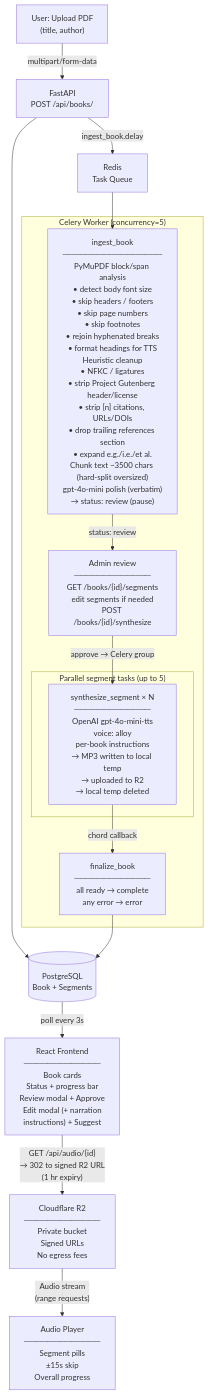
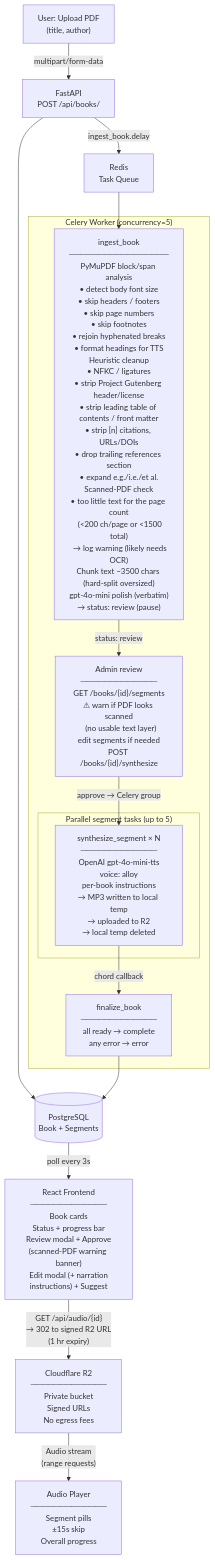
Before and after one commit to antispiraldev/AudioBookLib: the diagram in PIPELINE.md, drawn with Mermaid. The commit also changed other lines of this file, not shown here.

Commit message:
docs: document scanned-PDF detection and front-matter stripping in pipeline

````diff
--- a/PIPELINE.md
+++ b/PIPELINE.md
@@ -3,36 +3,36 @@
 ```mermaid
 flowchart TD
     Upload["User: Upload PDF\n(title, author)"]
     API["FastAPI\nPOST /api/books/"]
     DB[("PostgreSQL\nBook + Segments")]
     Queue["Redis\nTask Queue"]
 
     Upload -->|multipart/form-data| API
     API --> DB
     API -->|ingest_book.delay| Queue
 
     Queue --> Ingest
 
     subgraph Worker ["Celery Worker (concurrency=5)"]
-        Ingest["ingest_book\n─────────────────\nPyMuPDF block/span analysis\n• detect body font size\n• skip headers / footers\n• skip page numbers\n• skip footnotes\n• rejoin hyphenated breaks\n• format headings for TTS\nHeuristic cleanup\n• NFKC / ligatures\n• strip Project Gutenberg header/license\n• strip [n] citations, URLs/DOIs\n• drop trailing references section\n• expand e.g./i.e./et al.\nChunk text ~3500 chars (hard-split oversized)\ngpt-4o-mini polish (verbatim)\n→ status: review (pause)"]
+        Ingest["ingest_book\n─────────────────\nPyMuPDF block/span analysis\n• detect body font size\n• skip headers / footers\n• skip page numbers\n• skip footnotes\n• rejoin hyphenated breaks\n• format headings for TTS\nHeuristic cleanup\n• NFKC / ligatures\n• strip Project Gutenberg header/license\n• strip leading table of contents / front matter\n• strip [n] citations, URLs/DOIs\n• drop trailing references section\n• expand e.g./i.e./et al.\nScanned-PDF check\n• too little text for the page count\n  (<200 ch/page or <1500 total)\n  → log warning (likely needs OCR)\nChunk text ~3500 chars (hard-split oversized)\ngpt-4o-mini polish (verbatim)\n→ status: review (pause)"]
 
-        Review["Admin review\n─────────────\nGET /books/{id}/segments\nedit segments if needed\nPOST /books/{id}/synthesize"]
+        Review["Admin review\n─────────────\nGET /books/{id}/segments\n⚠ warn if PDF looks scanned\n  (no usable text layer)\nedit segments if needed\nPOST /books/{id}/synthesize"]
         Ingest -->|"status: review"| Review
         Review -->|"approve → Celery group"| Synth
 
         subgraph Parallel ["Parallel segment tasks (up to 5)"]
             Synth["synthesize_segment × N\n─────────────\nOpenAI gpt-4o-mini-tts\nvoice: alloy\nper-book instructions\n→ MP3 written to local temp\n→ uploaded to R2\n→ local temp deleted"]
         end
 
         Synth -->|"chord callback"| Finalize
         Finalize["finalize_book\n─────────────\nall ready → complete\nany error  → error"]
     end
 
     Finalize --> DB
 
     DB -->|"poll every 3s"| Frontend
-    Frontend["React Frontend\n─────────────\nBook cards\nStatus + progress bar\nReview modal + Approve\nEdit modal (+ narration\ninstructions) + Suggest"]
+    Frontend["React Frontend\n─────────────\nBook cards\nStatus + progress bar\nReview modal + Approve\n(scanned-PDF warning banner)\nEdit modal (+ narration\ninstructions) + Suggest"]
     Frontend -->|"GET /api/audio/{id}\n→ 302 to signed R2 URL\n(1 hr expiry)"| R2
     R2["Cloudflare R2\n─────────────\nPrivate bucket\nSigned URLs\nNo egress fees"]
     R2 -->|"Audio stream\n(range requests)"| Player["Audio Player\n─────────────\nSegment pills\n±15s skip\nOverall progress"]
 ```
````
